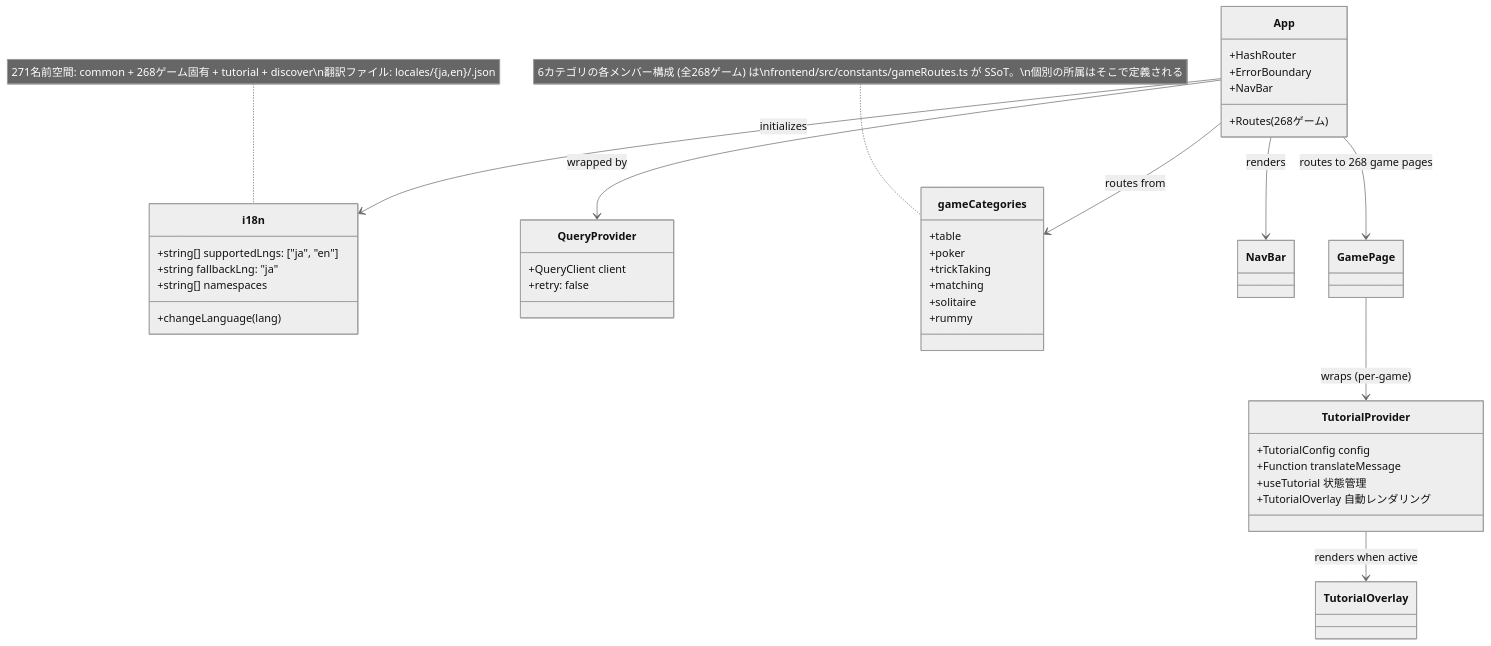
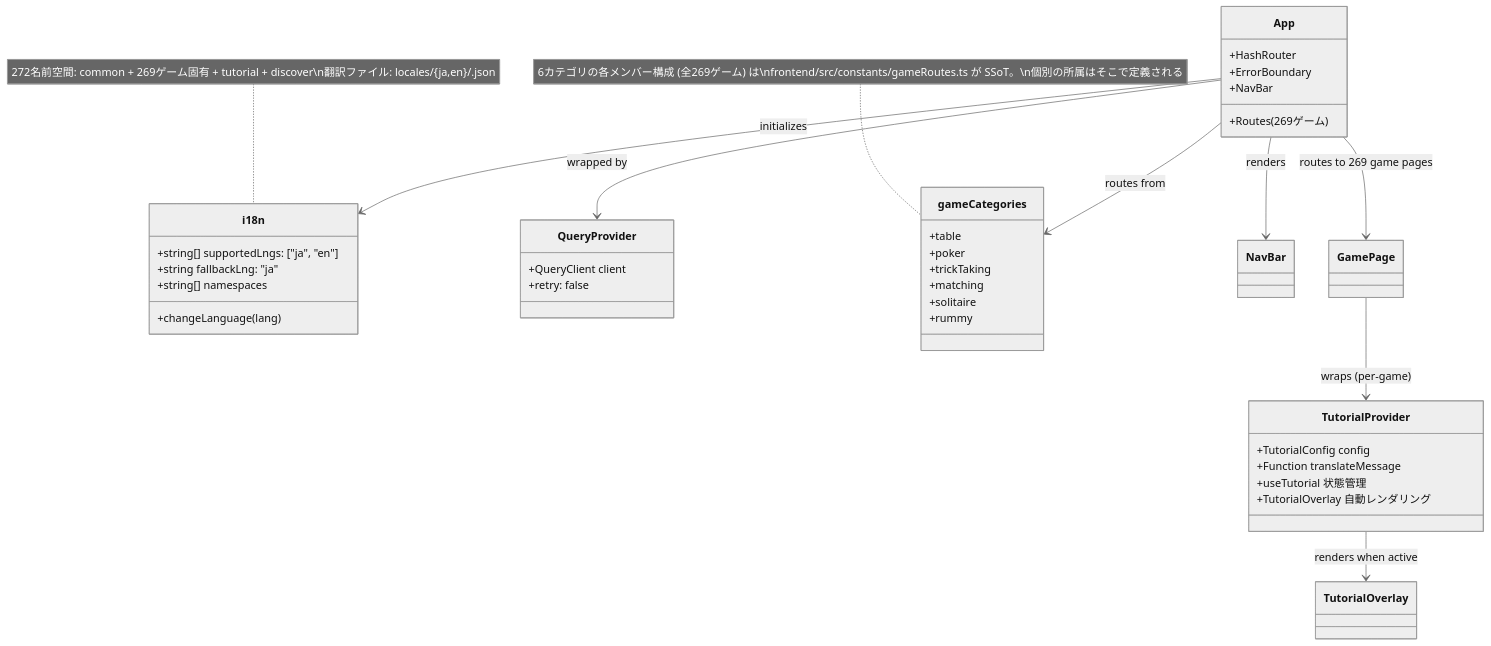
One commit to yuta-yoshinaga/go_trumpcards changed the ninth of 49 diagrams in docs/design/frontend.md. Above: the diagram before and after it, drawn with Mermaid (neutral theme). The commit also changed other lines of this file and 59 other files, not shown here.

````diff
--- a/docs/design/frontend.md
+++ b/docs/design/frontend.md
@@ -1869,48 +1869,48 @@
 ```mermaid
 classDiagram
     class i18n {
         +string[] supportedLngs: ["ja", "en"]
         +string fallbackLng: "ja"
         +string[] namespaces
         +changeLanguage(lang)
     }
 
     class QueryProvider {
         +QueryClient client
         +retry: false
     }
 
     class App {
         +HashRouter
         +ErrorBoundary
         +NavBar
-        +Routes (268ゲーム)
+        +Routes (269ゲーム)
     }
 
     class gameCategories {
         +table
         +poker
         +trickTaking
         +matching
         +solitaire
         +rummy
     }
-    note for gameCategories "6カテゴリの各メンバー構成 (全268ゲーム) は\nfrontend/src/constants/gameRoutes.ts が SSoT。\n個別の所属はそこで定義される"
+    note for gameCategories "6カテゴリの各メンバー構成 (全269ゲーム) は\nfrontend/src/constants/gameRoutes.ts が SSoT。\n個別の所属はそこで定義される"
 
     class TutorialProvider {
         +TutorialConfig config
         +Function translateMessage
         +useTutorial 状態管理
         +TutorialOverlay 自動レンダリング
     }
 
     App --> QueryProvider : wrapped by
     App --> i18n : initializes
     App --> gameCategories : routes from
     App --> NavBar : renders
-    App --> GamePage : routes to 268 game pages
+    App --> GamePage : routes to 269 game pages
     GamePage --> TutorialProvider : wraps (per-game)
     TutorialProvider --> TutorialOverlay : renders when active
 
-    note for i18n "271名前空間: common + 268ゲーム固有 + tutorial + discover\n翻訳ファイル: locales/{ja,en}/<game>.json"
+    note for i18n "272名前空間: common + 269ゲーム固有 + tutorial + discover\n翻訳ファイル: locales/{ja,en}/<game>.json"
 ```
````
